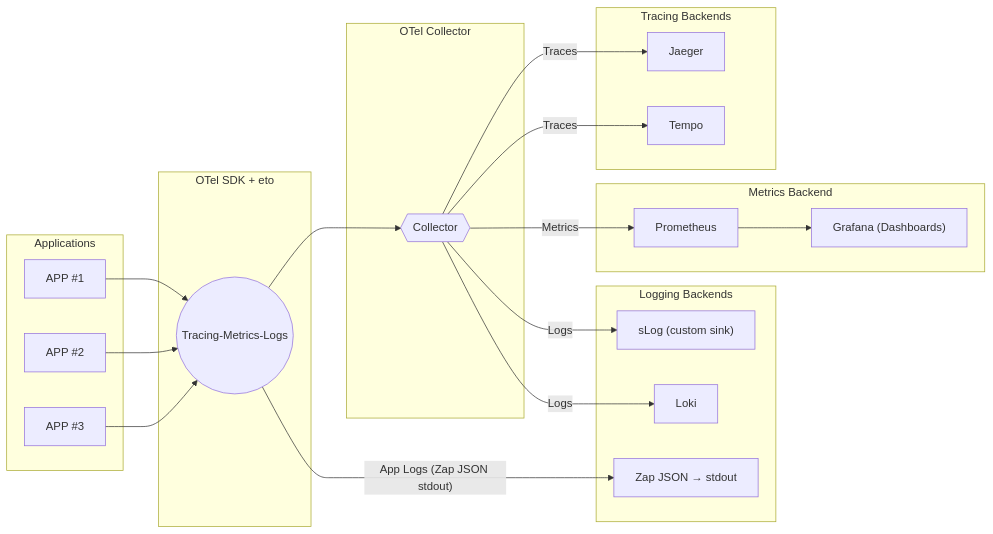
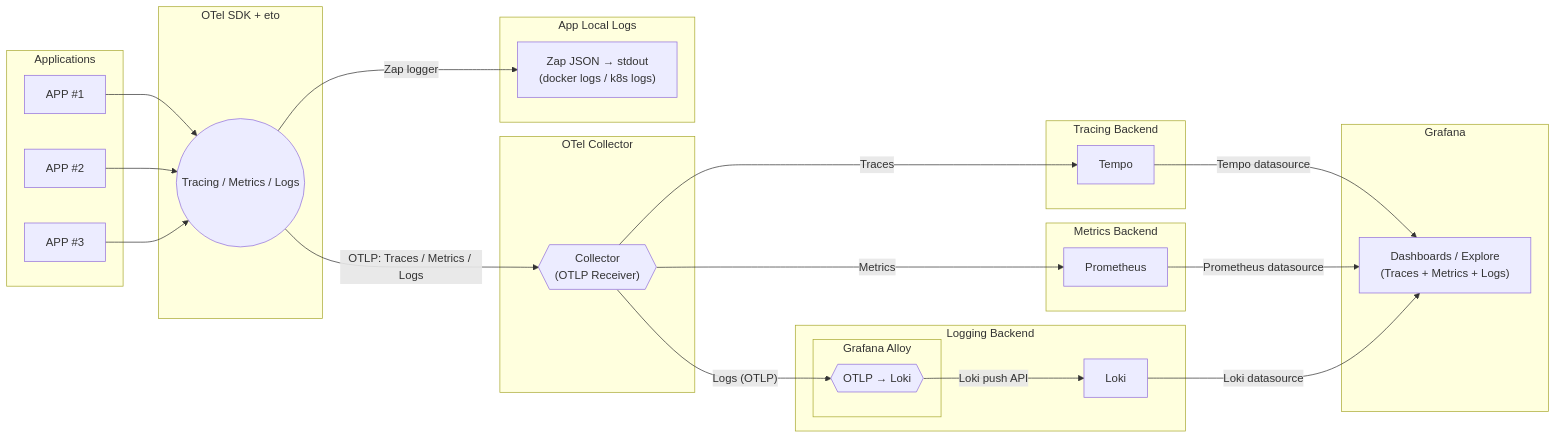
The diagram in README.md (Maximumsoft-Co-LTD/otelgo), drawn with Mermaid before and after one commit. The commit also changed other lines of this file and 7 other files, not shown here.

````diff
--- a/README.md
+++ b/README.md
@@ -9,49 +8,78 @@
 ```mermaid
 flowchart LR
+    %% =========================
+    %% Applications
+    %% =========================
     subgraph Apps["Applications"]
         A1["APP #1"]
         A2["APP #2"]
         A3["APP #3"]
     end
 
+    %% =========================
+    %% SDK / Library ใน App
+    %% =========================
     subgraph SDK["OTel SDK + eto"]
-        B(("Tracing-Metrics-Logs"))
+        B(("Tracing / Metrics / Logs"))
     end
 
+    %% =========================
+    %% OTel Collector
+    %% =========================
     subgraph Collector["OTel Collector"]
-        COL{{"Collector"}}
+        COL{{"Collector\n(OTLP Receiver)"}}
     end
 
-    subgraph Tracing["Tracing Backends"]
-        C1["Jaeger"]
-        C2["Tempo"]
+    %% =========================
+    %% Observability Backends
+    %% =========================
+    subgraph Tracing["Tracing Backend"]
+        T1["Tempo"]
     end
 
     subgraph Metrics["Metrics Backend"]
         M1["Prometheus"]
-        M2["Grafana (Dashboards)"]
     end
 
-    subgraph Logging["Logging Backends"]
-        L1["sLog (custom sink)"]
+    subgraph Logging["Logging Backend"]
+        subgraph Alloy["Grafana Alloy"]
+            AL{{"OTLP → Loki"}}
+        end
         L2["Loki"]
-        L3["Zap JSON → stdout"]
     end
 
+    subgraph GrafanaUI["Grafana"]
+        G1["Dashboards / Explore\n(Traces + Metrics + Logs)"]
+    end
+
+    %% Stdout debug logs นอก OTLP flow
+    subgraph Stdout["App Local Logs"]
+        Z1["Zap JSON → stdout\n(docker logs / k8s logs)"]
+    end
+
+    %% =========================
+    %% Edges
+    %% =========================
     A1 --> B
     A2 --> B
     A3 --> B
 
-    B --> COL
+    %% App ส่ง OTLP (Traces / Metrics / Logs) เข้า Collector
+    B -->|"OTLP: Traces / Metrics / Logs"| COL
 
-    COL -->|"Traces"| C1
-    COL -->|"Traces"| C2
+    %% Traces
+    COL -->|"Traces"| T1
+    T1 -->|"Tempo datasource"| G1
 
+    %% Metrics
     COL -->|"Metrics"| M1
-    M1 --> M2
+    M1 -->|"Prometheus datasource"| G1
 
-    COL -->|"Logs"| L1
-    COL -->|"Logs"| L2
+    %% Logs ผ่าน Alloy → Loki
+    COL -->|"Logs (OTLP)"| AL
+    AL  -->|"Loki push API"| L2
+    L2  -->|"Loki datasource"| G1
 
-    B -->|"App Logs (Zap JSON stdout)"| L3
+    %% Stdout logs (ไม่ผ่าน OTLP)
+    B -->|"Zap logger"| Z1
 ```
````
